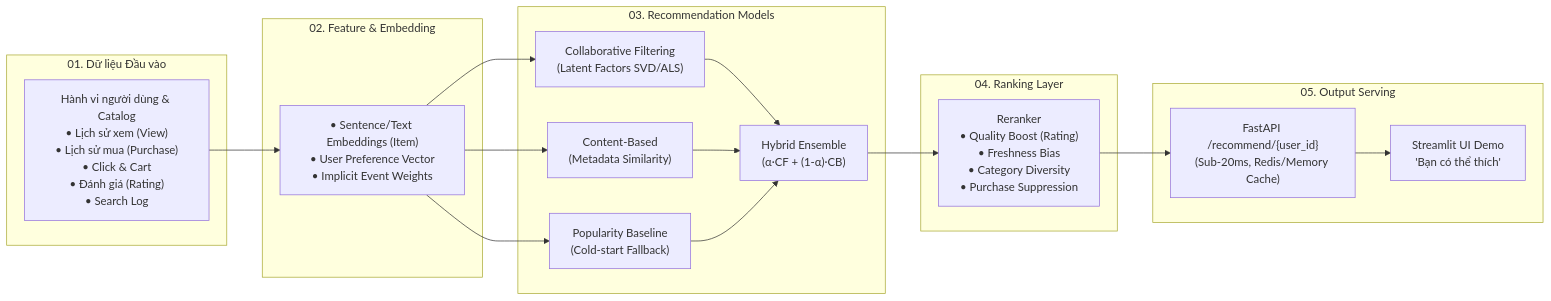
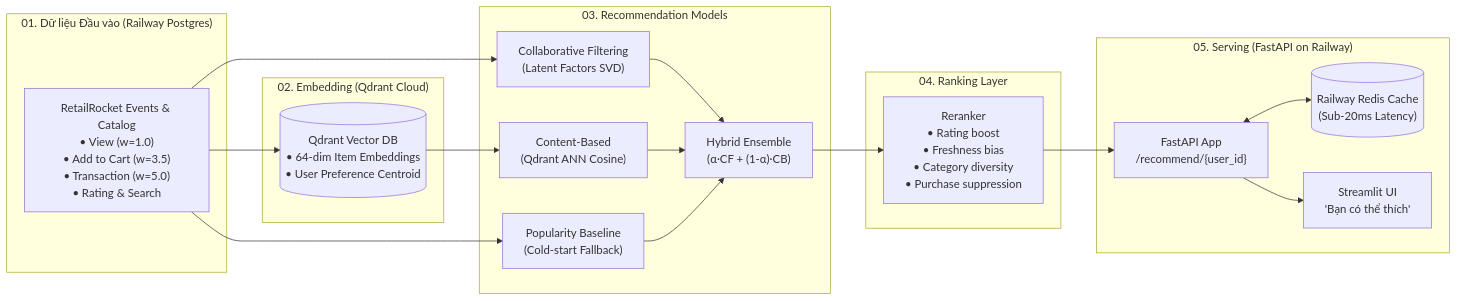
The diagram in README.md (imtarget05/ai-product-recommender), drawn with Mermaid before and after one commit. The commit also changed other lines of this file and 21 other files, not shown here.

Commit message:
feat: add Railway deployment, Qdrant Cloud vector integration, Alembic migrations, and RetailRocket ETL pipeline

````diff
--- a/README.md
+++ b/README.md
@@ -10,32 +24,36 @@
 ```mermaid
 flowchart LR
-    subgraph S1["01. Dữ liệu Đầu vào"]
-        RAW["Hành vi người dùng & Catalog<br/>• Lịch sử xem (View)<br/>• Lịch sử mua (Purchase)<br/>• Click & Cart<br/>• Đánh giá (Rating)<br/>• Search Log"]
+    subgraph S1["01. Dữ liệu Đầu vào (Railway Postgres)"]
+        RAW["RetailRocket Events & Catalog<br/>• View (w=1.0)<br/>• Add to Cart (w=3.5)<br/>• Transaction (w=5.0)<br/>• Rating & Search"]
     end
 
-    subgraph S2["02. Feature & Embedding"]
-        EMB["• Sentence/Text Embeddings (Item)<br/>• User Preference Vector<br/>• Implicit Event Weights"]
+    subgraph S2["02. Embedding (Qdrant Cloud)"]
+        QDRANT[("Qdrant Vector DB<br/>• 64-dim Item Embeddings<br/>• User Preference Centroid")]
     end
 
     subgraph S3["03. Recommendation Models"]
-        CF["Collaborative Filtering<br/>(Latent Factors SVD/ALS)"]
-        CB["Content-Based<br/>(Metadata Similarity)"]
+        CF["Collaborative Filtering<br/>(Latent Factors SVD)"]
+        CB["Content-Based<br/>(Qdrant ANN Cosine)"]
         POP["Popularity Baseline<br/>(Cold-start Fallback)"]
         HYB["Hybrid Ensemble<br/>(α·CF + (1-α)·CB)"]
     end
 
     subgraph S4["04. Ranking Layer"]
-        RANK["Reranker<br/>• Quality Boost (Rating)<br/>• Freshness Bias<br/>• Category Diversity<br/>• Purchase Suppression"]
+        RANK["Reranker<br/>• Rating boost<br/>• Freshness bias<br/>• Category diversity<br/>• Purchase suppression"]
     end
 
-    subgraph S5["05. Output Serving"]
-        API["FastAPI /recommend/{user_id}<br/>(Sub-20ms, Redis/Memory Cache)"]
-        UI["Streamlit UI Demo<br/>'Bạn có thể thích'"]
+    subgraph S5["05. Serving (FastAPI on Railway)"]
+        CACHE[("Railway Redis Cache<br/>(Sub-20ms Latency)")]
+        API["FastAPI App<br/>/recommend/{user_id}"]
+        UI["Streamlit UI<br/>'Bạn có thể thích'"]
     end
 
-    RAW --> EMB
-    EMB --> CF & CB & POP
+    RAW --> QDRANT
+    RAW --> CF & POP
+    QDRANT --> CB
     CF & CB & POP --> HYB
     HYB --> RANK
-    RANK --> API --> UI
+    RANK --> API
+    API <--> CACHE
+    API --> UI
 ```
````
